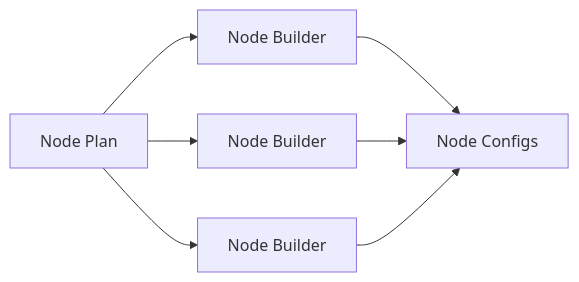
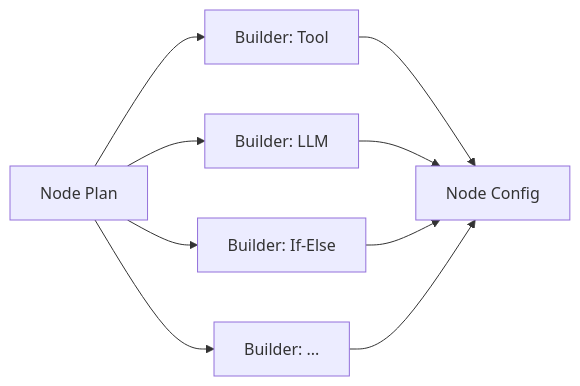
The eighth of 20 diagrams in weekly-report/dify-1.17-core-capabilities-research.md (sgfd-ui/internship), drawn with Mermaid before and after one commit. The commit also changed other lines of this file, not shown here.

````diff
--- a/weekly-report/dify-1.17-core-capabilities-research.md
+++ b/weekly-report/dify-1.17-core-capabilities-research.md
@@ -162,9 +238,11 @@
 ```mermaid
 flowchart LR
-    A[Node Plan] --> B1[Node Builder]
-    A --> B2[Node Builder]
-    A --> B3[Node Builder]
-    B1 --> C[Node Configs]
+    A[Node Plan] --> B1[Builder: Tool]
+    A --> B2[Builder: LLM]
+    A --> B3[Builder: If-Else]
+    A --> B4[Builder: ...]
+    B1 --> C[Node Config]
     B2 --> C
     B3 --> C
+    B4 --> C
 ```
````
